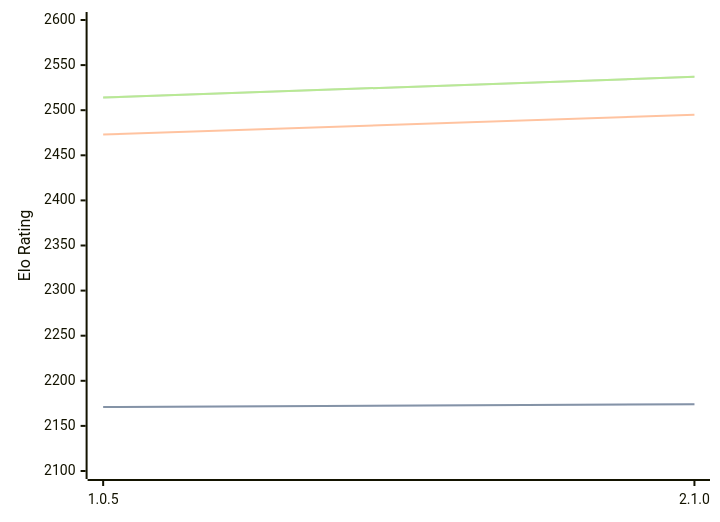
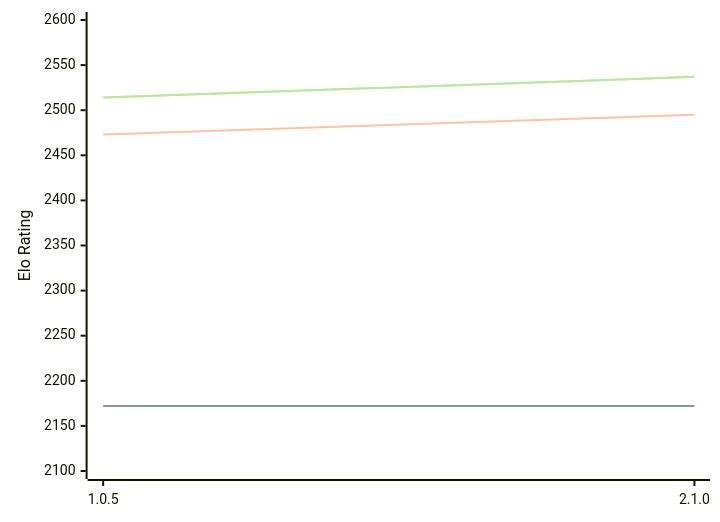
Before and after one commit to computer-chess-index/cci: the diagram in engines/Ruffian.md, drawn with Mermaid. The commit also changed other lines of this file, not shown here.

````diff
--- a/engines/Ruffian.md
+++ b/engines/Ruffian.md
@@ -32,11 +32,11 @@
 ```mermaid
 %%{init: {"theme":"base","themeVariables":{"seriesColors:['#a3a3a3','#222221','#faa371']}}}%%
 xychart-beta
   x-axis ["1.0.5", "2.1.0"]
   y-axis "Elo Rating" 2100 --> 2600
-  line "STC (8.0+0.08s)" [2171, 2174]
-  line "STC (8.0+0.08s)" [2171, 2174]
+  line "STC (8.0+0.08s)" [2172, 2172]
+  line "STC (8.0+0.08s)" [2172, 2172]
   line "LTC (60.0+0.60s)" [2473, 2495]
   line "VLTC (2m24s+1.12s)" [2514, 2537]
   line "VLTC (2m24s+1.12s)" [2514, 2537]
 ```
````
